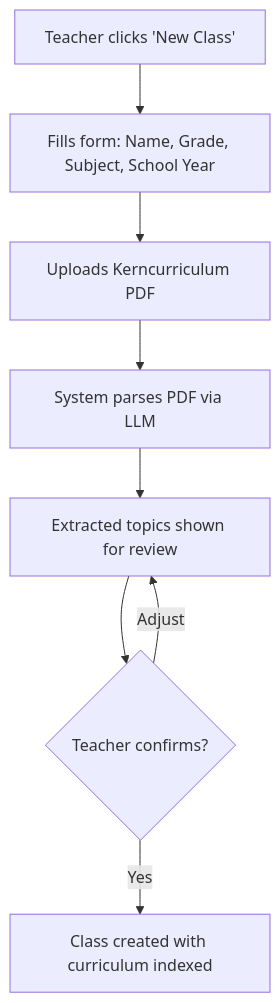
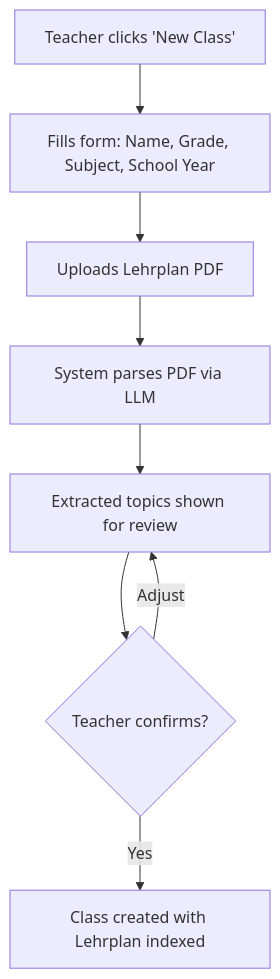
Before and after one commit to Code-Snap-UG/chalkdust: the second of 10 diagrams in docs/features/lesson-planning.md, drawn with Mermaid. The commit also changed other lines of this file and 27 other files, not shown here.

Commit message:
refactor: update terminology from "Kerncurriculum" to "Lehrplan" across documentation and UI components for consistency; add new audit report and enhance accessibility features

````diff
--- a/docs/features/lesson-planning.md
+++ b/docs/features/lesson-planning.md
@@ -114,10 +114,10 @@
 ```mermaid
 flowchart TD
     A[Teacher clicks 'New Class'] --> B[Fills form: Name, Grade, Subject, School Year]
-    B --> C[Uploads Kerncurriculum PDF]
+    B --> C[Uploads Lehrplan PDF]
     C --> D[System parses PDF via LLM]
     D --> E[Extracted topics shown for review]
     E --> F{Teacher confirms?}
-    F -->|Yes| G[Class created with curriculum indexed]
+    F -->|Yes| G[Class created with Lehrplan indexed]
     F -->|Adjust| E
 ```
````
